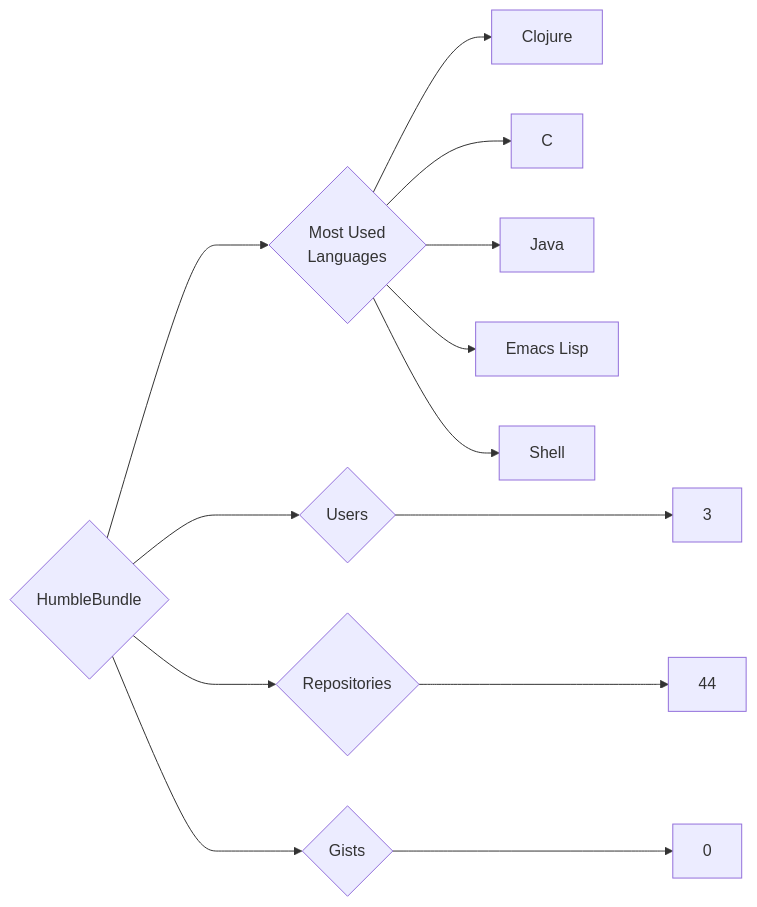
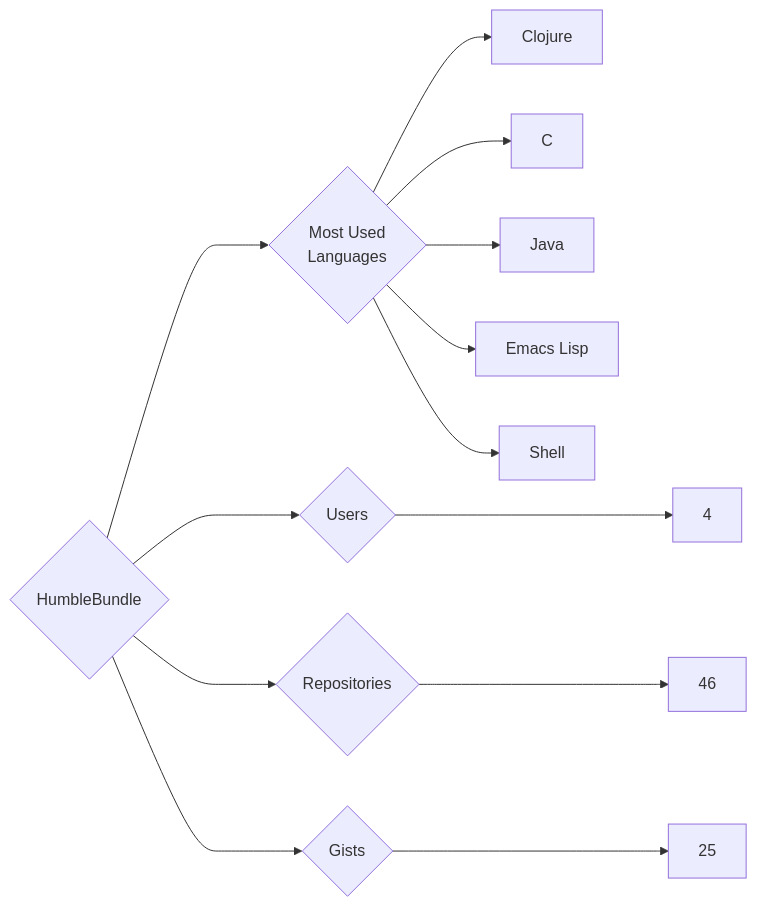
The diagram in targets/HumbleBundle/README.md (trickest/insiders), drawn with Mermaid before and after one commit. The commit also changed 1238 other files, not shown here.

````diff
--- a/targets/HumbleBundle/README.md
+++ b/targets/HumbleBundle/README.md
@@ -3,13 +3,13 @@
 ```mermaid
 graph LR
 COMPANY_NAME{HumbleBundle}
-COMPANY_NAME ---> U{Users} ---> UN[3]
-COMPANY_NAME ---> R{Repositories} ---> RN[44]
-COMPANY_NAME ---> G{Gists} ---> GN[0]
+COMPANY_NAME ---> U{Users} ---> UN[4]
+COMPANY_NAME ---> R{Repositories} ---> RN[46]
+COMPANY_NAME ---> G{Gists} ---> GN[25]
 COMPANY_NAME ---> ML{Most Used<br>Languages}
 ML --> Clojure[Clojure]
 ML --> C[C]
 ML --> Java[Java]
 ML --> Emacs_Lisp[Emacs Lisp]
 ML --> Shell[Shell]
 ```
````
